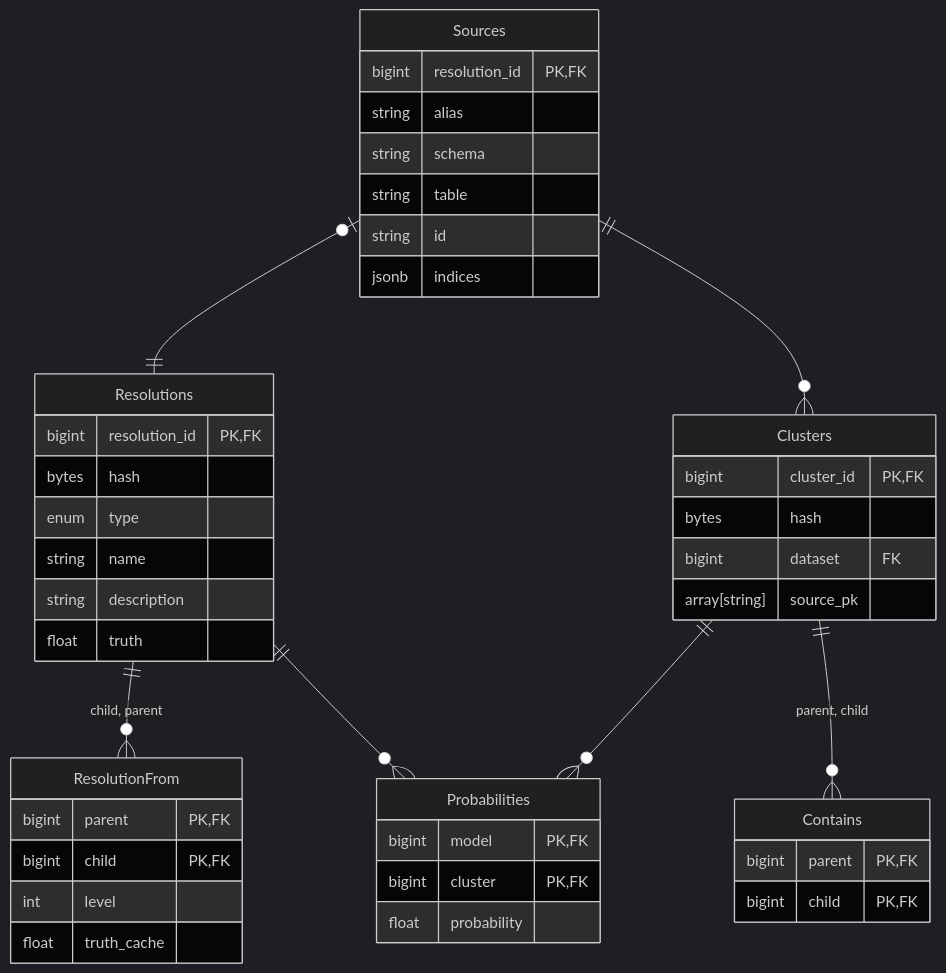
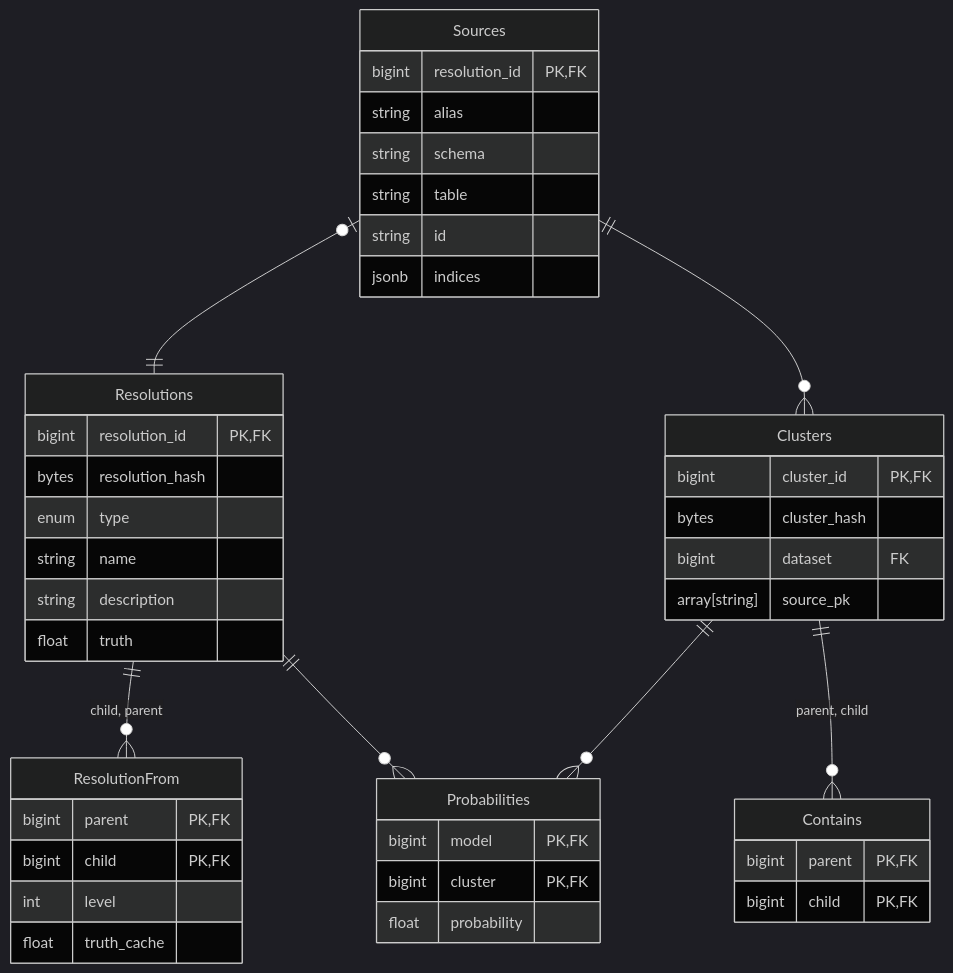
Before and after one commit to will-langdale/matchbox: the diagram in src/matchbox/server/postgresql/README.md, drawn with Mermaid (dark theme).

Commit message:
Minor README updates

````diff
--- a/src/matchbox/server/postgresql/README.md
+++ b/src/matchbox/server/postgresql/README.md
@@ -14,47 +14,47 @@
 ```mermaid
 erDiagram
     Sources {
         bigint resolution_id PK,FK
         string alias
         string schema
         string table
         string id
         jsonb indices
     }
     Clusters {
         bigint cluster_id PK,FK
-        bytes hash
+        bytes cluster_hash
         bigint dataset FK
         array[string] source_pk
     }
     Contains {
         bigint parent PK,FK
         bigint child PK,FK
     }
     Probabilities {
         bigint model PK,FK
         bigint cluster PK,FK
         float probability
     }
     Resolutions {
         bigint resolution_id PK,FK
-        bytes hash
+        bytes resolution_hash
         enum type
         string name
         string description
         float truth
     }
     ResolutionFrom {
         bigint parent PK,FK
         bigint child PK,FK
         int level
         float truth_cache
     }
 
     Sources |o--|| Resolutions : ""
     Sources ||--o{ Clusters : ""
     Clusters ||--o{ Contains : "parent, child"
     Clusters ||--o{ Probabilities : ""
     Resolutions ||--o{ Probabilities : ""
     Resolutions ||--o{ ResolutionFrom : "child, parent"
 ```
````
